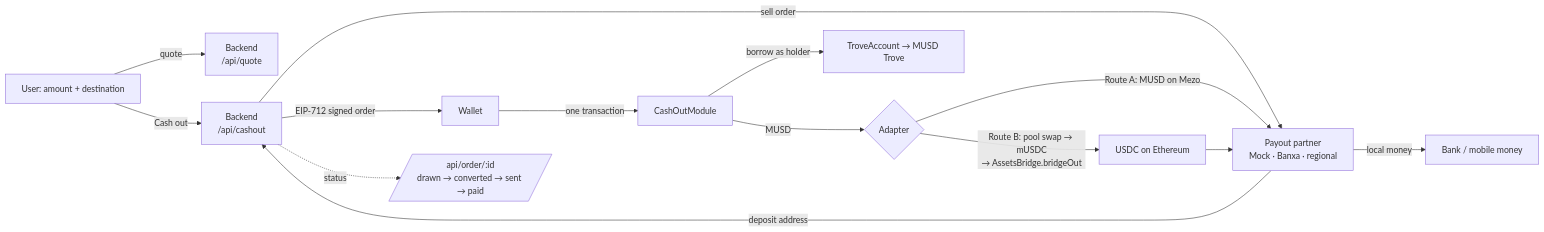
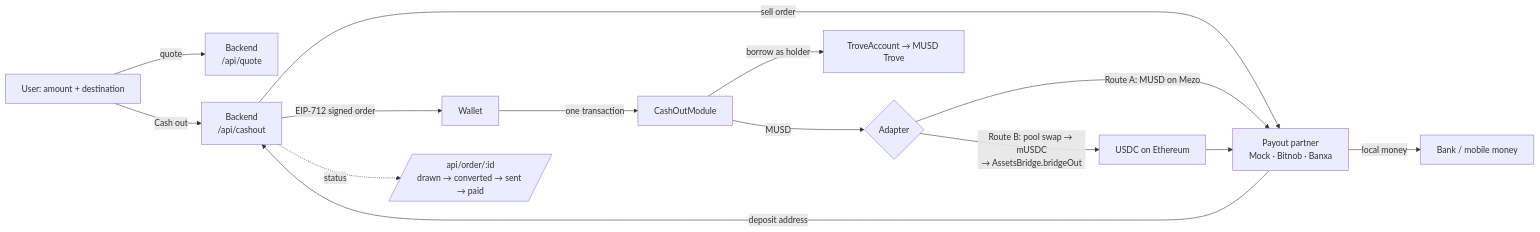
One commit to Anuoluwapo25/assumable changed the diagram in README.md. Above: the diagram before and after it, drawn with Mermaid. The commit also changed other lines of this file, not shown here.

First line of the commit message:
README: how Bitnob payouts work with MUSD

````diff
--- a/README.md
+++ b/README.md
@@ -98,15 +98,15 @@
 ```mermaid
 flowchart LR
     U[User: amount + destination] -->|quote| API[Backend<br/>/api/quote]
     U -->|Cash out| API2[Backend<br/>/api/cashout]
-    API2 -->|sell order| P[Payout partner<br/>Mock · Banxa · regional]
+    API2 -->|sell order| P[Payout partner<br/>Mock · Bitnob · Banxa]
     P -->|deposit address| API2
     API2 -->|EIP-712 signed order| W[Wallet]
     W -->|one transaction| M[CashOutModule]
     M -->|borrow as holder| A[TroveAccount → MUSD Trove]
     M -->|MUSD| R{Adapter}
     R -->|Route A: MUSD on Mezo| P
     R -->|Route B: pool swap → mUSDC<br/>→ AssetsBridge.bridgeOut| E[USDC on Ethereum] --> P
     P -->|local money| B[Bank / mobile money]
     API2 -. status .-> T[/api/order/:id<br/>drawn → converted → sent → paid/]
 ```
````
